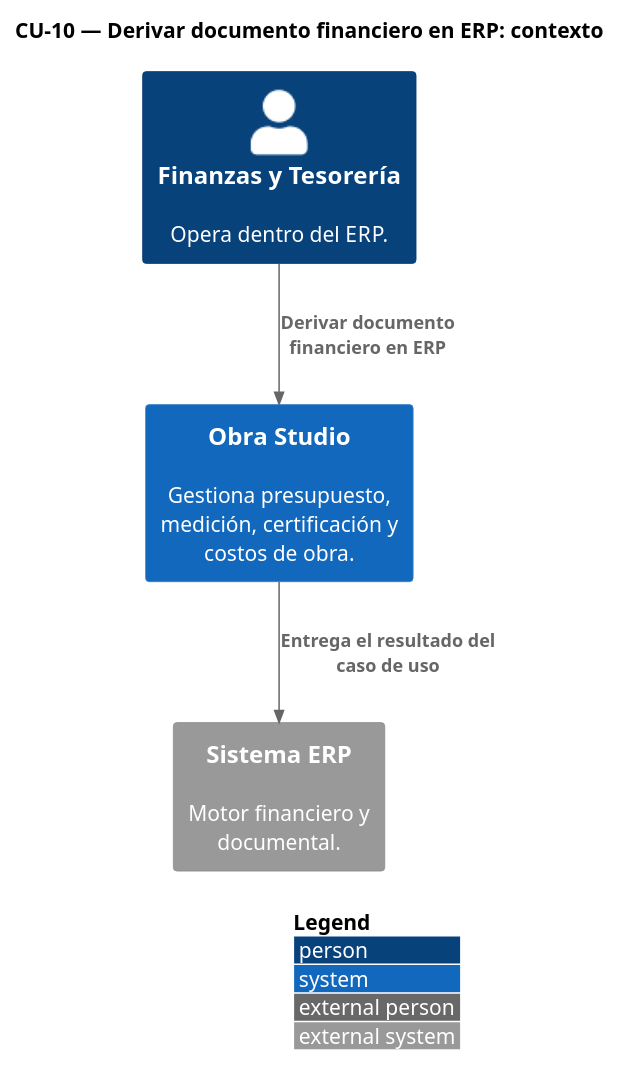
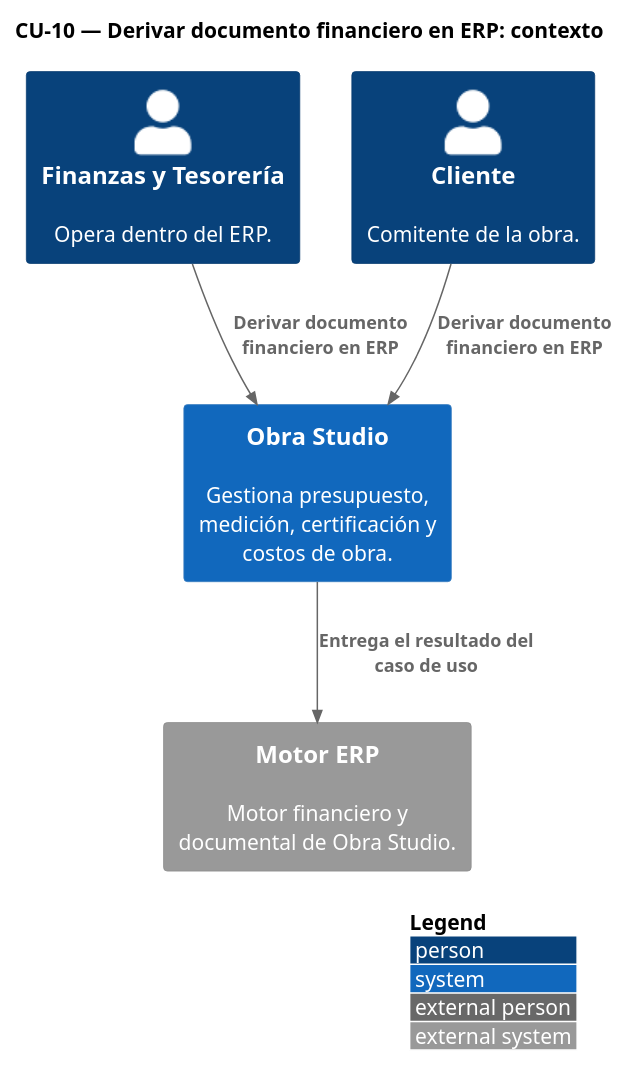
Before and after one commit to Ssrrb/TPF-teoria: the diagram in modelo/c4/C4-CU10-contexto.puml, drawn with PlantUML. The commit also changed 248 other files, not shown here.

```diff
--- a/modelo/c4/C4-CU10-contexto.puml
+++ b/modelo/c4/C4-CU10-contexto.puml
@@ -1,12 +1,14 @@
 @startuml
 !include <C4/C4_Context>
 LAYOUT_WITH_LEGEND()
 title CU-10 — Derivar documento financiero en ERP: contexto
 
 Person(TES, "Finanzas y Tesorería", "Opera dentro del ERP.")
+Person(CLI, "Cliente", "Comitente de la obra.")
 System(obra, "Obra Studio", "Gestiona presupuesto, medición, certificación y costos de obra.")
-System_Ext(ERP, "Sistema ERP", "Motor financiero y documental.")
+System_Ext(ERP, "Motor ERP", "Motor financiero y documental de Obra Studio.")
 
 Rel(TES, obra, "Derivar documento financiero en ERP")
+Rel(CLI, obra, "Derivar documento financiero en ERP")
 Rel(obra, ERP, "Entrega el resultado del caso de uso")
 @enduml
```
